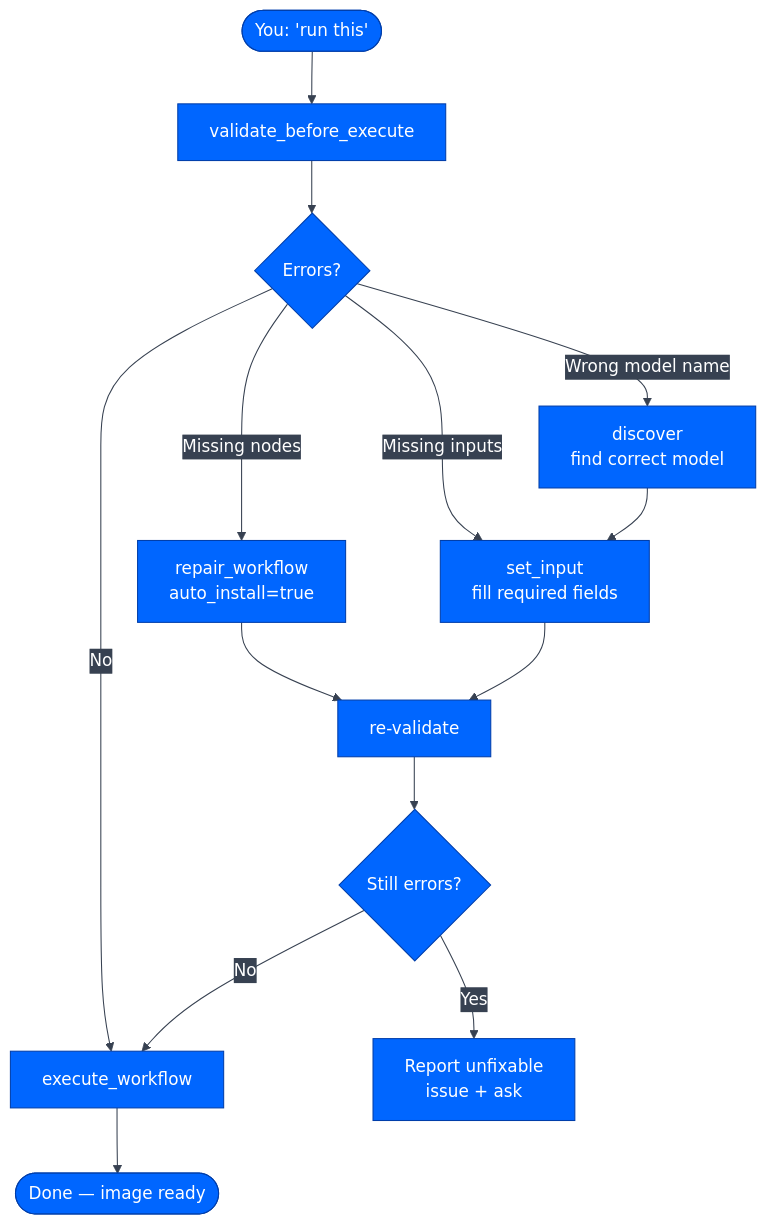
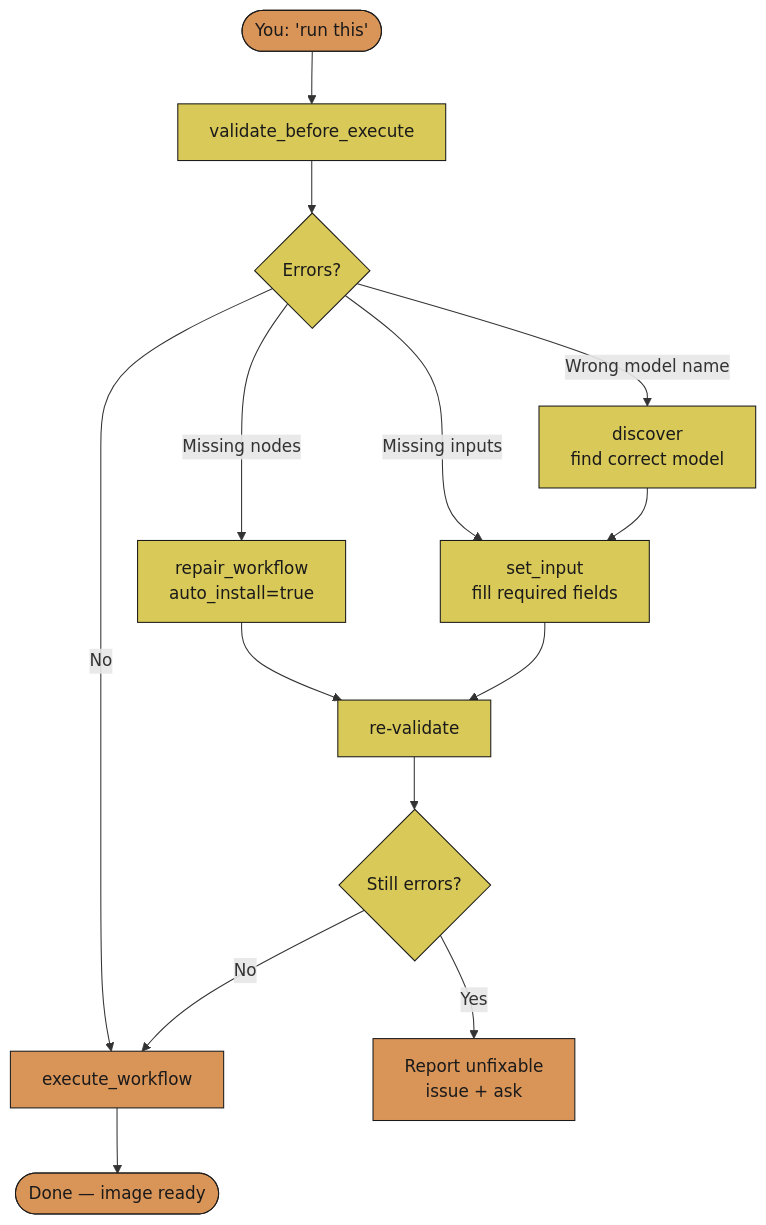
The eighth of 27 diagrams in README.md (JosephOIbrahim/Comfy-Cozy), drawn with Mermaid before and after one commit. The commit also changed other lines of this file and 38 other files, not shown here.

````diff
--- a/README.md
+++ b/README.md
@@ -427,17 +525,21 @@
 ```mermaid
-%%{init: {'theme':'base','themeVariables': {'primaryColor':'#0066FF','primaryTextColor':'#ffffff','primaryBorderColor':'#003eaa','lineColor':'#374151','secondaryColor':'#374151','tertiaryColor':'#1f2937','fontFamily':'monospace'}}}%%
 flowchart TD
     Run(["You: 'run this'"]) --> Validate["validate_before_execute"]
     Validate --> Check{"Errors?"}
     Check -->|No| Execute["execute_workflow"]
     Check -->|"Missing nodes"| Repair["repair_workflow<br/>auto_install=true"]
     Check -->|"Missing inputs"| SetInput["set_input<br/>fill required fields"]
     Check -->|"Wrong model name"| Discover["discover<br/>find correct model"]
     Repair --> Revalidate["re-validate"]
     SetInput --> Revalidate
     Discover --> SetInput
     Revalidate --> Check2{"Still errors?"}
     Check2 -->|No| Execute
     Check2 -->|Yes| Report["Report unfixable<br/>issue + ask"]
     Execute --> Done(["Done — image ready"])
+
+    classDef orange fill:#d99458,color:#1a1a1a,stroke:#1a1a1a
+    classDef yellow fill:#d9c958,color:#1a1a1a,stroke:#1a1a1a
+    class Run,Execute,Done,Report orange
+    class Validate,Repair,SetInput,Discover,Check,Revalidate,Check2 yellow
 ```
````
